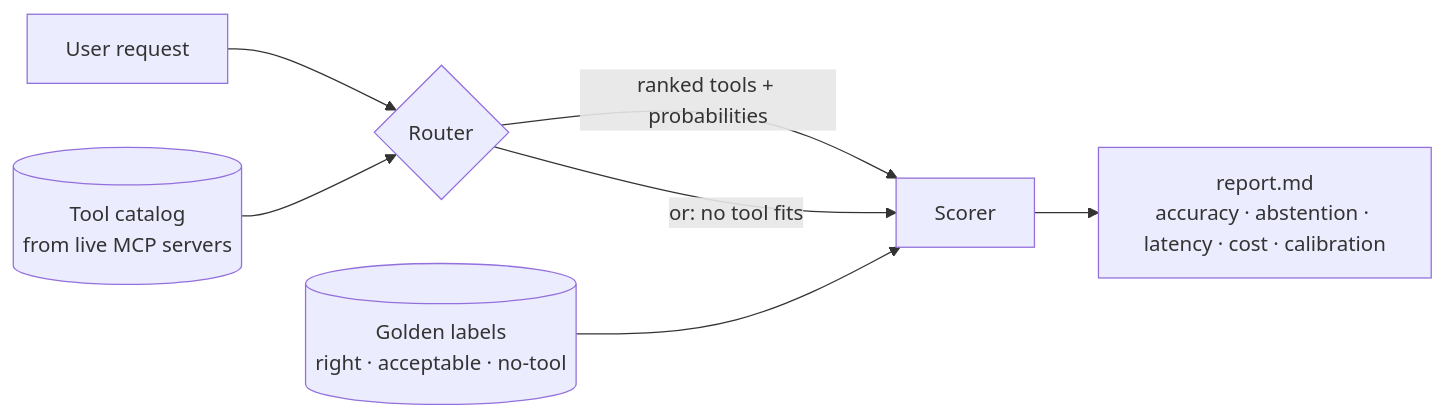
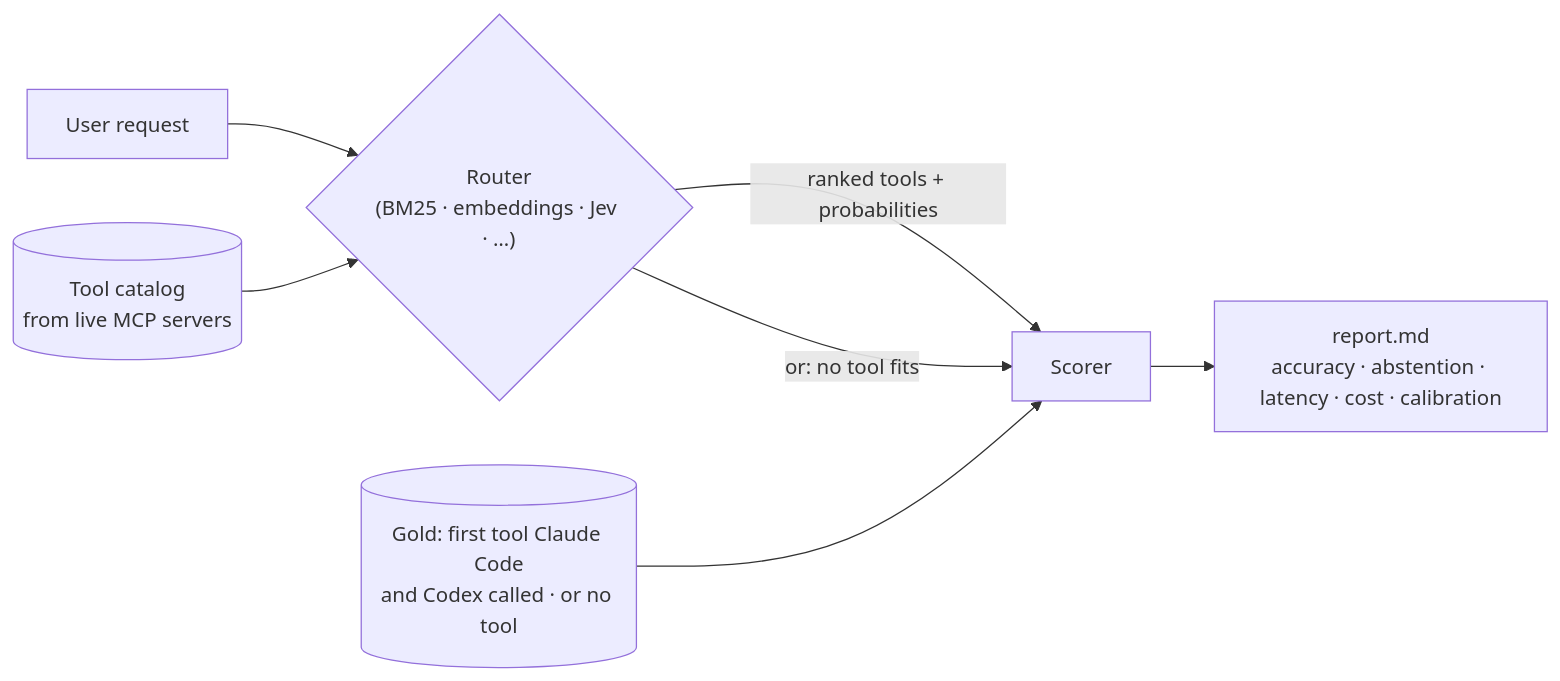
One commit to SarathChandraBellam/ToolDiscoveryBench changed the diagram in README.md. Above: the diagram before and after it, drawn with Mermaid. The commit also changed other lines of this file and 57 other files, not shown here.

````diff
--- a/README.md
+++ b/README.md
@@ -26,9 +49,9 @@
 ```mermaid
 flowchart LR
-    Q["User request"] --> R{"Router"}
+    Q["User request"] --> R{"Router<br/>(BM25 · embeddings · Jev · …)"}
     C[("Tool catalog<br/>from live MCP servers")] --> R
     R -->|ranked tools + probabilities| S["Scorer"]
     R -->|or: no tool fits| S
-    G[("Golden labels<br/>right · acceptable · no-tool")] --> S
+    G[("Gold: first tool Claude Code<br/>and Codex called · or no tool")] --> S
     S --> REP["report.md<br/>accuracy · abstention · latency · cost · calibration"]
 ```
````
